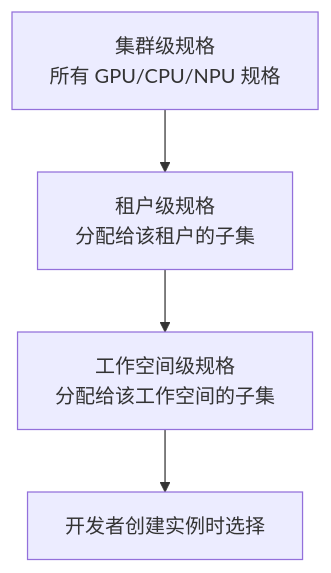
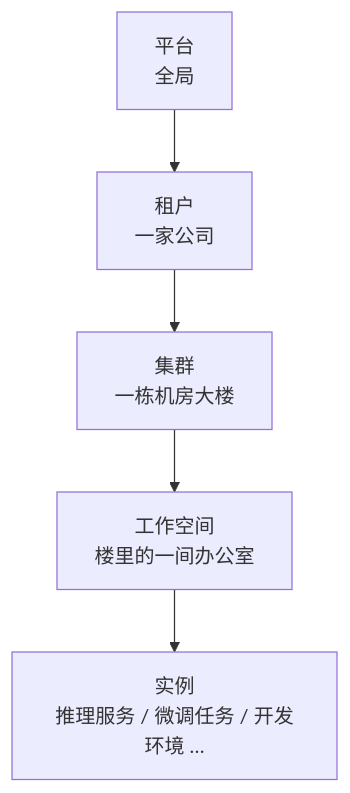
The diagram in src/pages/docs/cn/02.guide/02.architecture.md (poxiaoyun/docs), drawn with Mermaid before and after one commit. The commit also changed other lines of this file and 359 other files, not shown here.

````diff
--- a/src/pages/docs/cn/02.guide/02.architecture.md
+++ b/src/pages/docs/cn/02.guide/02.architecture.md
@@ -191,6 +79,7 @@
 ```mermaid
 graph TD
-    CF["集群级规格<br/>所有 GPU/CPU/NPU 规格"] --> TF["租户级规格<br/>分配给该租户的子集"]
-    TF --> WF["工作空间级规格<br/>分配给该工作空间的子集"]
-    WF --> Instance["开发者创建实例时选择"]
+    P["平台<br/>全局"] --> T["租户<br/>一家公司"]
+    T --> C["集群<br/>一栋机房大楼"]
+    C --> W["工作空间<br/>楼里的一间办公室"]
+    W --> I["实例<br/>推理服务 / 微调任务 / 开发环境 …"]
 ```
````
